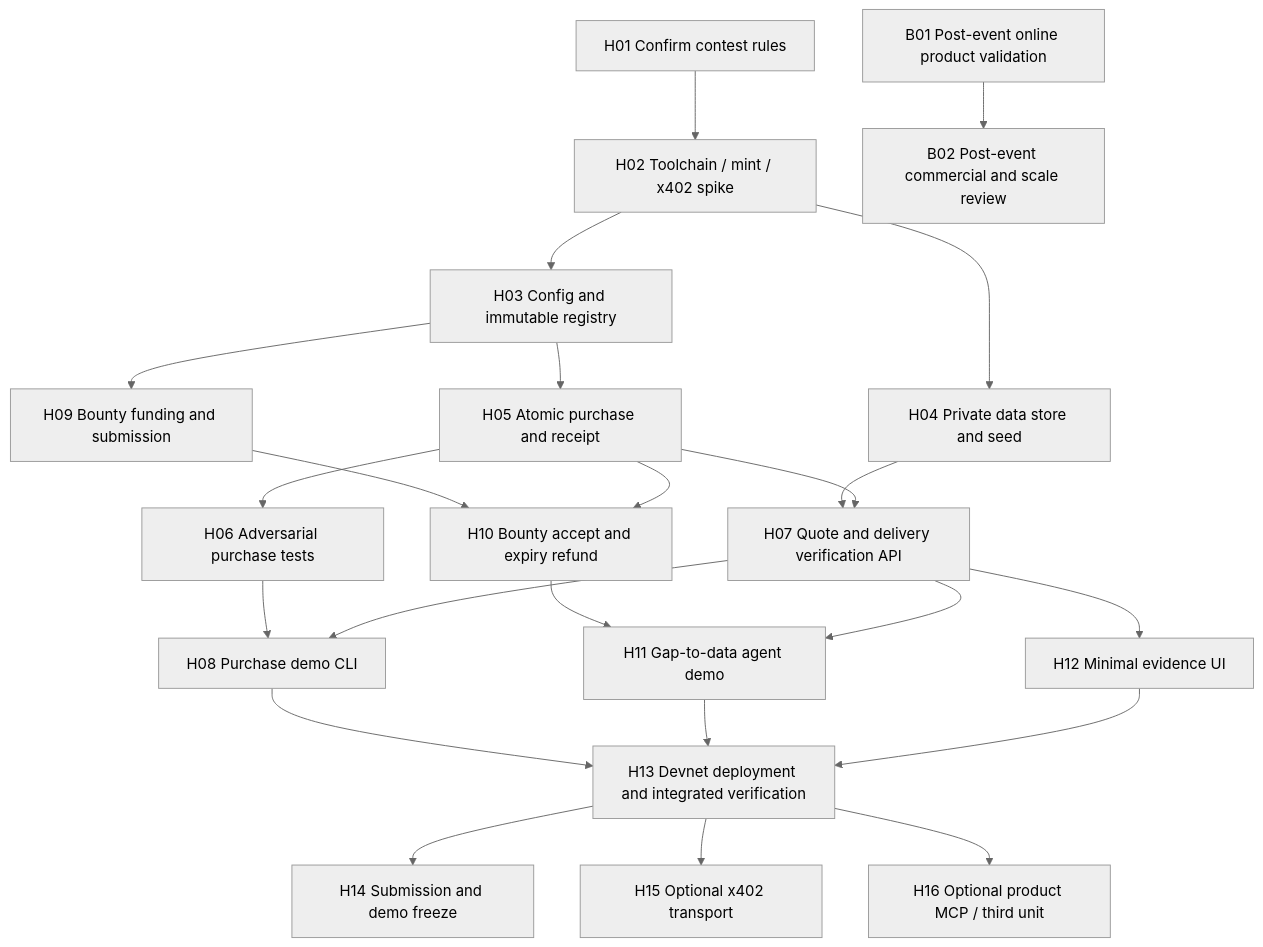
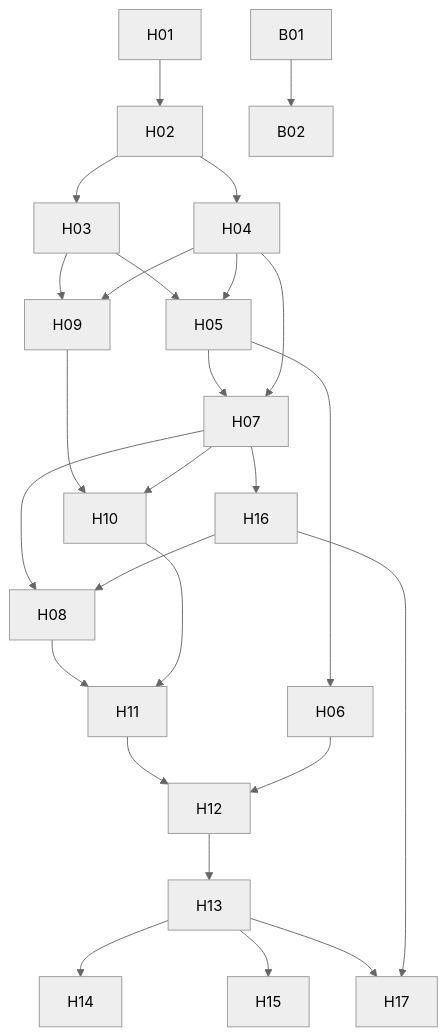
One commit to ofsng/agent-data-network changed the diagram in STARTUP-PACKAGE/15-PROJECT-MANAGEMENT/DEPENDENCIES.mmd. Above: the diagram before and after it, drawn with Mermaid (neutral theme). The commit also changed 48 other files, not shown here.

```diff
--- a/STARTUP-PACKAGE/15-PROJECT-MANAGEMENT/DEPENDENCIES.mmd
+++ b/STARTUP-PACKAGE/15-PROJECT-MANAGEMENT/DEPENDENCIES.mmd
@@ -1,41 +1,26 @@
 flowchart TD
-  H01["H01 Confirm contest rules"]
-  H02["H02 Toolchain / mint / x402 spike"]
-  H03["H03 Config and immutable registry"]
-  H04["H04 Private data store and seed"]
-  H05["H05 Atomic purchase and receipt"]
-  H06["H06 Adversarial purchase tests"]
-  H07["H07 Quote and delivery verification API"]
-  H08["H08 Purchase demo CLI"]
-  H09["H09 Bounty funding and submission"]
-  H10["H10 Bounty accept and expiry refund"]
-  H11["H11 Gap-to-data agent demo"]
-  H12["H12 Minimal evidence UI"]
-  H13["H13 Devnet deployment and integrated verification"]
-  H14["H14 Submission and demo freeze"]
-  H15["H15 Optional x402 transport"]
-  H16["H16 Optional product MCP / third unit"]
-  B01["B01 Post-event online product validation"]
-  B02["B02 Post-event commercial and scale review"]
   H01 --> H02
   H02 --> H03
   H02 --> H04
   H03 --> H05
+  H04 --> H05
   H05 --> H06
+  H05 --> H07
   H04 --> H07
-  H05 --> H07
-  H06 --> H08
   H07 --> H08
+  H16 --> H08
   H03 --> H09
+  H04 --> H09
   H09 --> H10
-  H05 --> H10
+  H07 --> H10
+  H08 --> H11
   H10 --> H11
-  H07 --> H11
-  H07 --> H12
-  H08 --> H13
-  H11 --> H13
+  H11 --> H12
+  H06 --> H12
   H12 --> H13
   H13 --> H14
   H13 --> H15
-  H13 --> H16
+  H07 --> H16
+  H13 --> H17
+  H16 --> H17
   B01 --> B02
```
